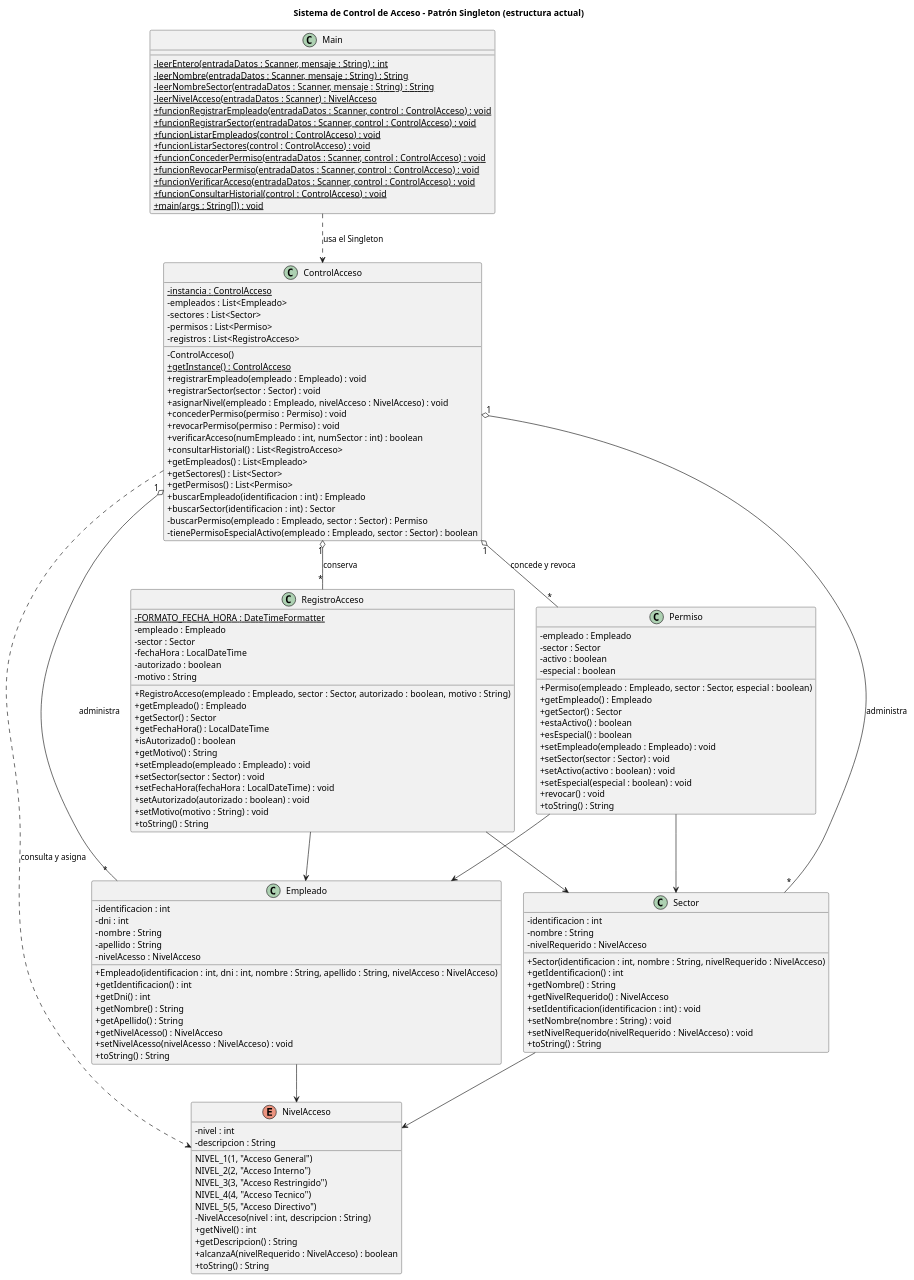
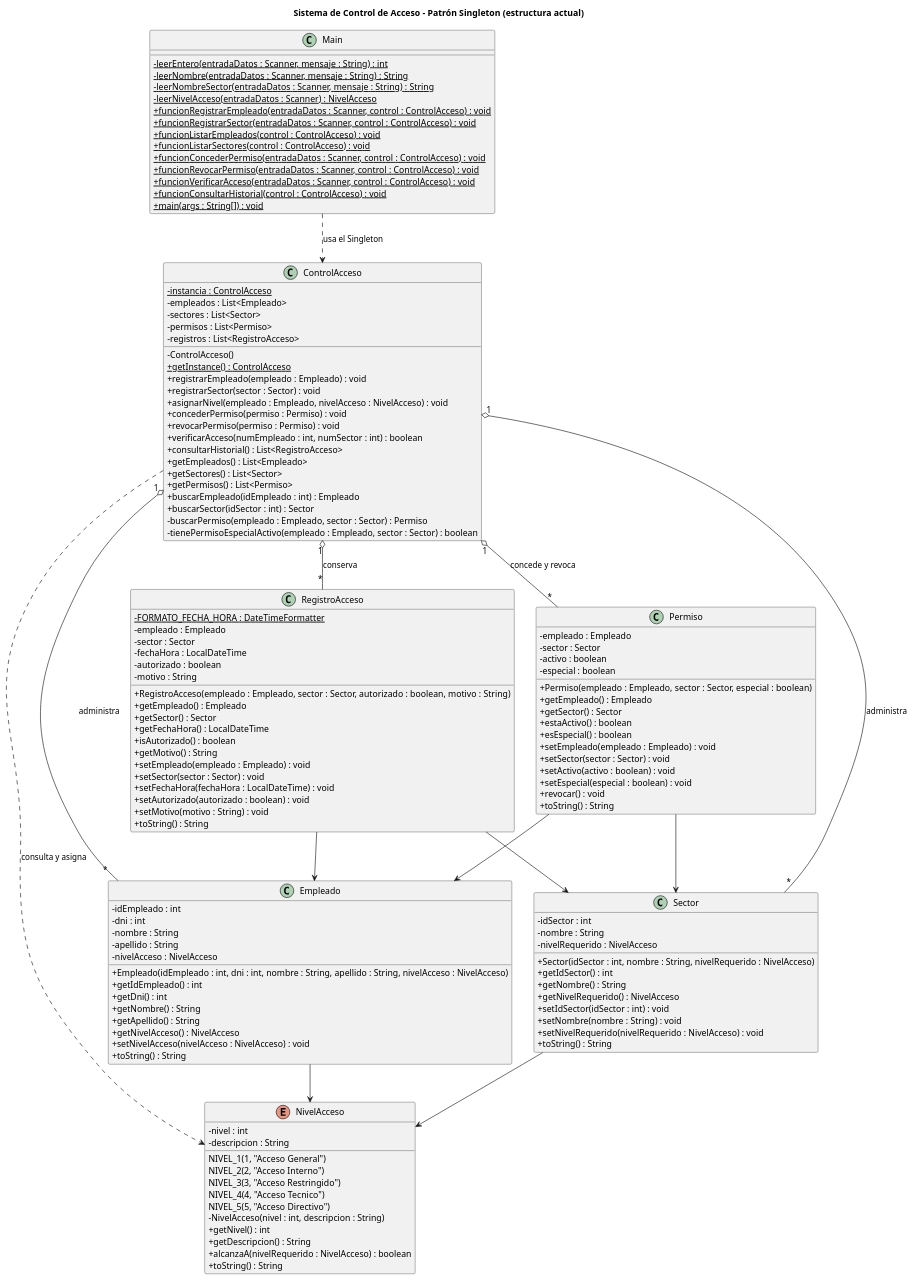
The diagram in docs/assets/uml-clases.puml (PatronSingleton-DisenoSoftware/Patron-Singleton-Software-EGI), drawn with PlantUML before and after one commit. The commit also changed 12 other files, not shown here.

First line of the commit message:
Renombra los identificadores a idEmpleado e idSector

```diff
--- a/docs/assets/uml-clases.puml
+++ b/docs/assets/uml-clases.puml
@@ -1,147 +1,147 @@
 @startuml uml-clases
 ' Diagrama de clases de la Sección II, alineado al código de src/.
 ' Renderizar con PlantUML y exportar como uml-clases.png para el documento de entrega.
 
 skinparam classAttributeIconSize 0
 skinparam shadowing false
 
 title Sistema de Control de Acceso - Patrón Singleton (estructura actual)
 
 class ControlAcceso {
   {static} -instancia : ControlAcceso
   -empleados : List<Empleado>
   -sectores : List<Sector>
   -permisos : List<Permiso>
   -registros : List<RegistroAcceso>
   -ControlAcceso()
   {static} +getInstance() : ControlAcceso
   +registrarEmpleado(empleado : Empleado) : void
   +registrarSector(sector : Sector) : void
   +asignarNivel(empleado : Empleado, nivelAcceso : NivelAcceso) : void
   +concederPermiso(permiso : Permiso) : void
   +revocarPermiso(permiso : Permiso) : void
   +verificarAcceso(numEmpleado : int, numSector : int) : boolean
   +consultarHistorial() : List<RegistroAcceso>
   +getEmpleados() : List<Empleado>
   +getSectores() : List<Sector>
   +getPermisos() : List<Permiso>
-  +buscarEmpleado(identificacion : int) : Empleado
-  +buscarSector(identificacion : int) : Sector
+  +buscarEmpleado(idEmpleado : int) : Empleado
+  +buscarSector(idSector : int) : Sector
   -buscarPermiso(empleado : Empleado, sector : Sector) : Permiso
   -tienePermisoEspecialActivo(empleado : Empleado, sector : Sector) : boolean
 }
 
 class Empleado {
-  -identificacion : int
+  -idEmpleado : int
   -dni : int
   -nombre : String
   -apellido : String
-  -nivelAcesso : NivelAcceso
-  +Empleado(identificacion : int, dni : int, nombre : String, apellido : String, nivelAcceso : NivelAcceso)
-  +getIdentificacion() : int
+  -nivelAcceso : NivelAcceso
+  +Empleado(idEmpleado : int, dni : int, nombre : String, apellido : String, nivelAcceso : NivelAcceso)
+  +getIdEmpleado() : int
   +getDni() : int
   +getNombre() : String
   +getApellido() : String
-  +getNivelAcesso() : NivelAcceso
-  +setNivelAcesso(nivelAcesso : NivelAcceso) : void
+  +getNivelAcceso() : NivelAcceso
+  +setNivelAcceso(nivelAcceso : NivelAcceso) : void
   +toString() : String
 }
 
 class Sector {
-  -identificacion : int
+  -idSector : int
   -nombre : String
   -nivelRequerido : NivelAcceso
-  +Sector(identificacion : int, nombre : String, nivelRequerido : NivelAcceso)
-  +getIdentificacion() : int
+  +Sector(idSector : int, nombre : String, nivelRequerido : NivelAcceso)
+  +getIdSector() : int
   +getNombre() : String
   +getNivelRequerido() : NivelAcceso
-  +setIdentificacion(identificacion : int) : void
+  +setIdSector(idSector : int) : void
   +setNombre(nombre : String) : void
   +setNivelRequerido(nivelRequerido : NivelAcceso) : void
   +toString() : String
 }
 
 class Permiso {
   -empleado : Empleado
   -sector : Sector
   -activo : boolean
   -especial : boolean
   +Permiso(empleado : Empleado, sector : Sector, especial : boolean)
   +getEmpleado() : Empleado
   +getSector() : Sector
   +estaActivo() : boolean
   +esEspecial() : boolean
   +setEmpleado(empleado : Empleado) : void
   +setSector(sector : Sector) : void
   +setActivo(activo : boolean) : void
   +setEspecial(especial : boolean) : void
   +revocar() : void
   +toString() : String
 }
 
 class RegistroAcceso {
   {static} -FORMATO_FECHA_HORA : DateTimeFormatter
   -empleado : Empleado
   -sector : Sector
   -fechaHora : LocalDateTime
   -autorizado : boolean
   -motivo : String
   +RegistroAcceso(empleado : Empleado, sector : Sector, autorizado : boolean, motivo : String)
   +getEmpleado() : Empleado
   +getSector() : Sector
   +getFechaHora() : LocalDateTime
   +isAutorizado() : boolean
   +getMotivo() : String
   +setEmpleado(empleado : Empleado) : void
   +setSector(sector : Sector) : void
   +setFechaHora(fechaHora : LocalDateTime) : void
   +setAutorizado(autorizado : boolean) : void
   +setMotivo(motivo : String) : void
   +toString() : String
 }
 
 enum NivelAcceso {
   NIVEL_1(1, "Acceso General")
   NIVEL_2(2, "Acceso Interno")
   NIVEL_3(3, "Acceso Restringido")
   NIVEL_4(4, "Acceso Tecnico")
   NIVEL_5(5, "Acceso Directivo")
   -nivel : int
   -descripcion : String
   -NivelAcceso(nivel : int, descripcion : String)
   +getNivel() : int
   +getDescripcion() : String
   +alcanzaA(nivelRequerido : NivelAcceso) : boolean
   +toString() : String
 }
 
 class Main {
   {static} -leerEntero(entradaDatos : Scanner, mensaje : String) : int
   {static} -leerNombre(entradaDatos : Scanner, mensaje : String) : String
   {static} -leerNombreSector(entradaDatos : Scanner, mensaje : String) : String
   {static} -leerNivelAcceso(entradaDatos : Scanner) : NivelAcceso
   {static} +funcionRegistrarEmpleado(entradaDatos : Scanner, control : ControlAcceso) : void
   {static} +funcionRegistrarSector(entradaDatos : Scanner, control : ControlAcceso) : void
   {static} +funcionListarEmpleados(control : ControlAcceso) : void
   {static} +funcionListarSectores(control : ControlAcceso) : void
   {static} +funcionConcederPermiso(entradaDatos : Scanner, control : ControlAcceso) : void
   {static} +funcionRevocarPermiso(entradaDatos : Scanner, control : ControlAcceso) : void
   {static} +funcionVerificarAcceso(entradaDatos : Scanner, control : ControlAcceso) : void
   {static} +funcionConsultarHistorial(control : ControlAcceso) : void
   {static} +main(args : String[]) : void
 }
 
 ControlAcceso "1" o-- "*" Empleado : administra
 ControlAcceso "1" o-- "*" Sector : administra
 ControlAcceso "1" o-- "*" Permiso : concede y revoca
 ControlAcceso "1" o-- "*" RegistroAcceso : conserva
 ControlAcceso ..> NivelAcceso : consulta y asigna
 Permiso --> Empleado
 Permiso --> Sector
 RegistroAcceso --> Empleado
 RegistroAcceso --> Sector
 Empleado --> NivelAcceso
 Sector --> NivelAcceso
 Main ..> ControlAcceso : usa el Singleton
 
 @enduml
```
